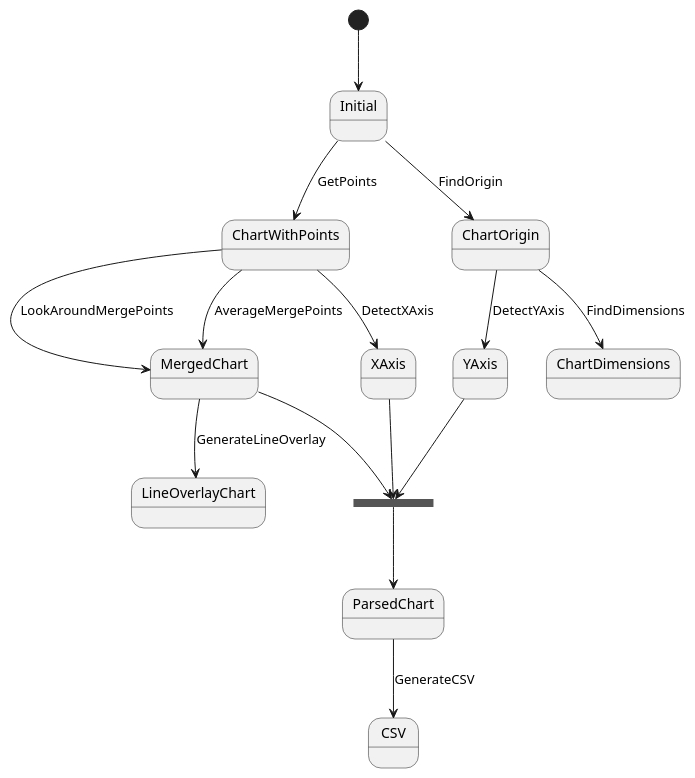
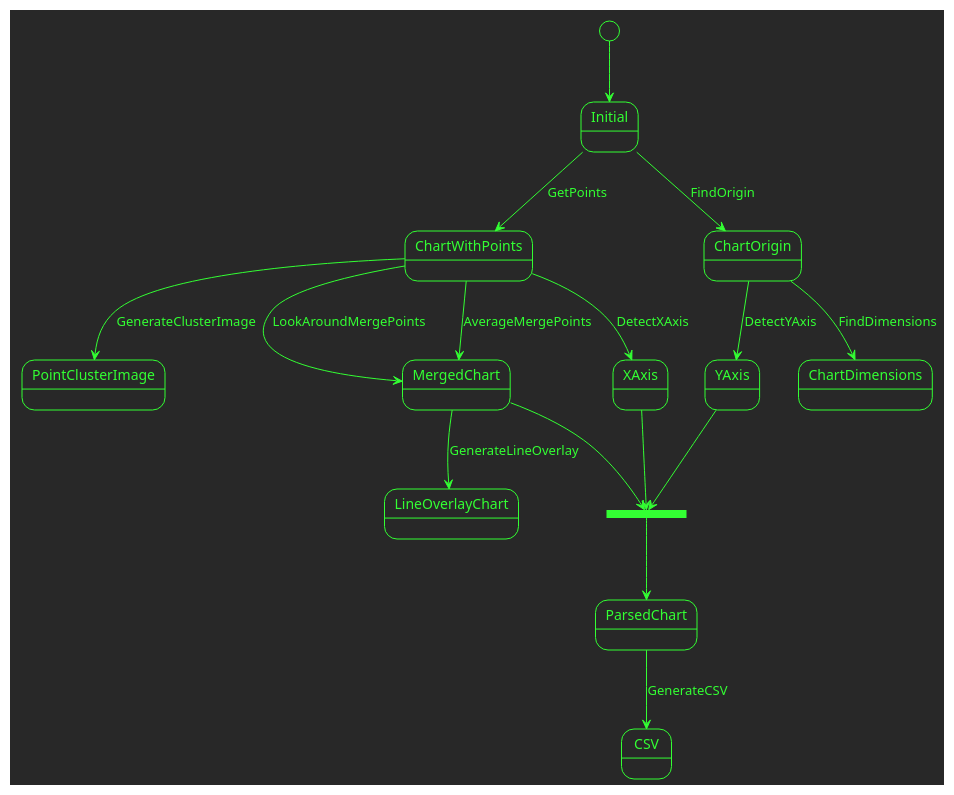
Before and after one commit to profiluefter/chart2csv: the diagram in diagrams/ParserStates.puml, drawn with PlantUML. The commit also changed 7 other files, not shown here.

Commit message:
Add point cluster image step

```diff
--- a/diagrams/ParserStates.puml
+++ b/diagrams/ParserStates.puml
@@ -1,23 +1,26 @@
 @startuml
+
+!theme crt-green
 
 [*] --> Initial
 Initial --> ChartWithPoints : GetPoints
+ChartWithPoints --> PointClusterImage : GenerateClusterImage
 ChartWithPoints --> MergedChart : LookAroundMergePoints
 ChartWithPoints --> MergedChart : AverageMergePoints
 Initial --> ChartOrigin : FindOrigin
 ChartWithPoints --> XAxis : DetectXAxis
 ChartOrigin --> YAxis : DetectYAxis
 
 ChartOrigin --> ChartDimensions : FindDimensions
 
 state csvJoin <<join>>
 MergedChart --> csvJoin
 XAxis --> csvJoin
 YAxis --> csvJoin
 csvJoin --> ParsedChart
 
 ParsedChart --> CSV : GenerateCSV
 
 MergedChart --> LineOverlayChart : GenerateLineOverlay
 
 @enduml
```
